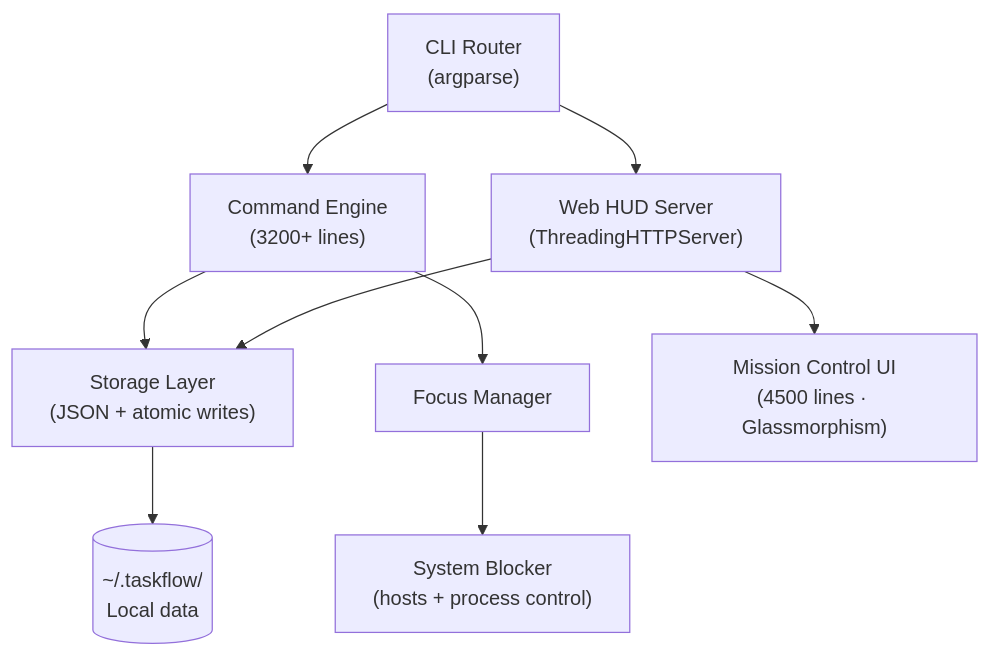
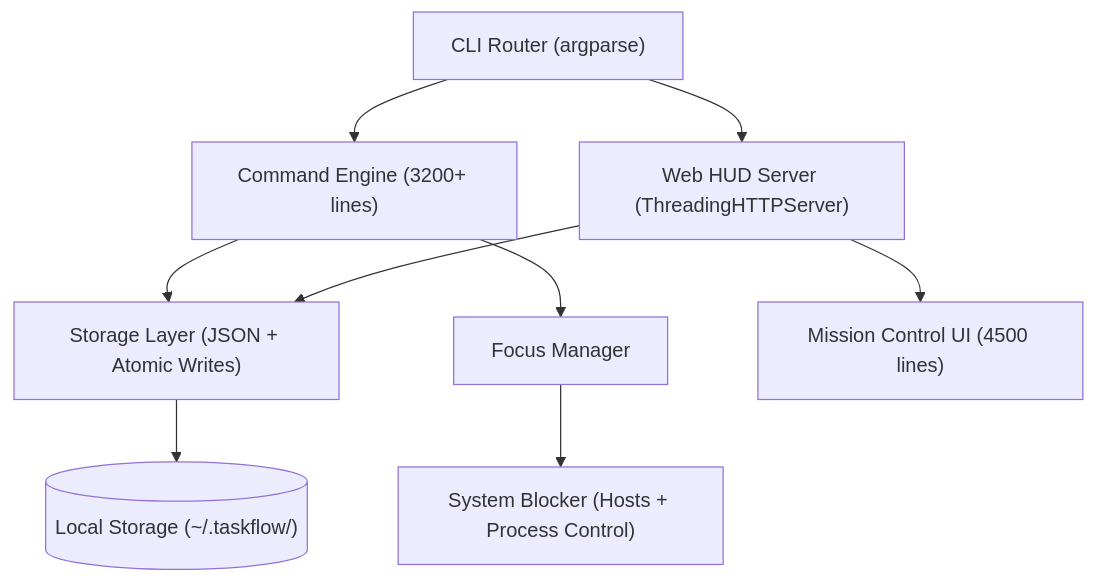
The diagram in README.md (Mohith535/TaskFlow), drawn with Mermaid before and after one commit. The commit also changed 1 other file, not shown here.

Commit message:
fix: architecture diagram rendering on GitHub

````diff
--- a/README.md
+++ b/README.md
@@ -242,15 +242,15 @@
 ```mermaid
 graph TD
-    CLI["CLI Router<br/>(argparse)"] --> CMD["Command Engine<br/>(3200+ lines)"]
-    CLI --> WEB["Web HUD Server<br/>(ThreadingHTTPServer)"]
+    CLI["CLI Router (argparse)"] --> CMD["Command Engine (3200+ lines)"]
+    CLI --> WEB["Web HUD Server (ThreadingHTTPServer)"]
     
-    CMD --> DB["Storage Layer<br/>(JSON + atomic writes)"]
+    CMD --> DB["Storage Layer (JSON + Atomic Writes)"]
     WEB --> DB
     
     CMD --> FM["Focus Manager"]
-    FM --> BLK["System Blocker<br/>(hosts + process control)"]
+    FM --> BLK["System Blocker (Hosts + Process Control)"]
     
-    WEB --> UI["Mission Control UI<br/>(4500 lines · Glassmorphism)"]
+    WEB --> UI["Mission Control UI (4500 lines)"]
     
-    DB --> FS[("~/.taskflow/<br/>Local data")]
+    DB --> FS[("Local Storage (~/.taskflow/)")]
 ```
````
